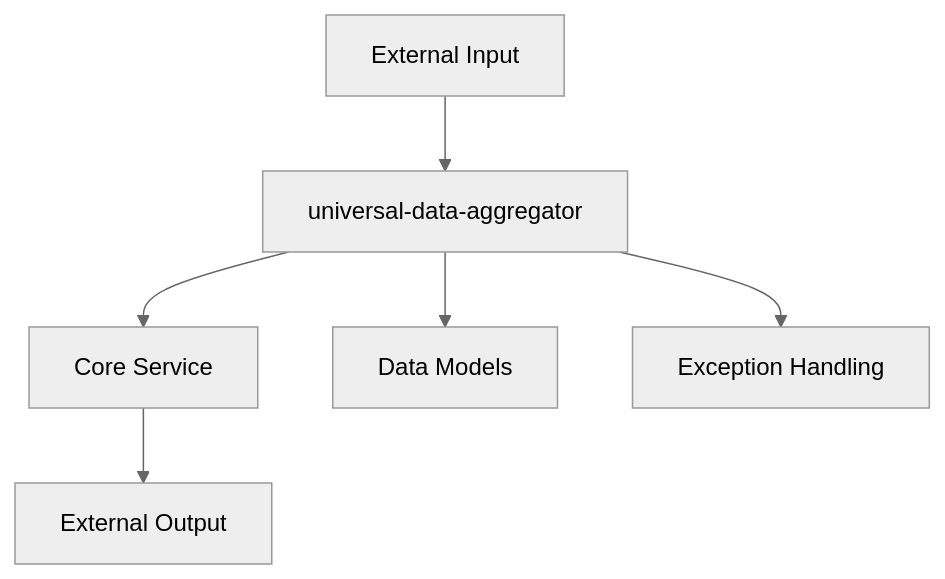
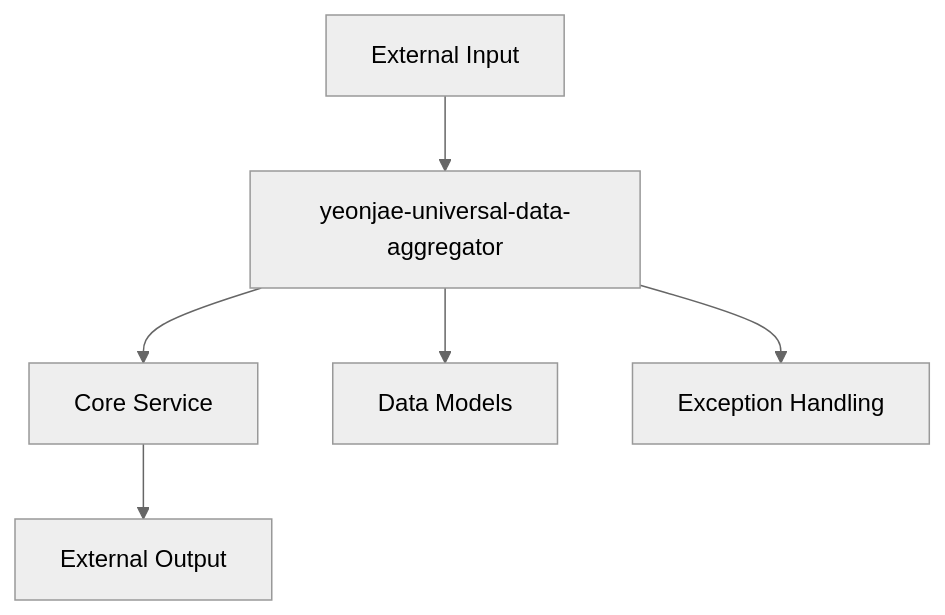
One commit to yeonjae-work/universal-modules changed the first of 4 diagrams in packages/yeonjae-universal-data-aggregator/docs/technical-specification.md. Above: the diagram before and after it, drawn with Mermaid (neutral theme). The commit also changed other lines of this file and 11 other files, not shown here.

````diff
--- a/packages/yeonjae-universal-data-aggregator/docs/technical-specification.md
+++ b/packages/yeonjae-universal-data-aggregator/docs/technical-specification.md
@@ -23,8 +23,8 @@
 ```mermaid
 graph TB
-    A[External Input] --> B[universal-data-aggregator]
+    A[External Input] --> B[yeonjae-universal-data-aggregator]
     B --> C[Core Service]
     B --> D[Data Models]
     B --> E[Exception Handling]
     C --> F[External Output]
 ```
````
